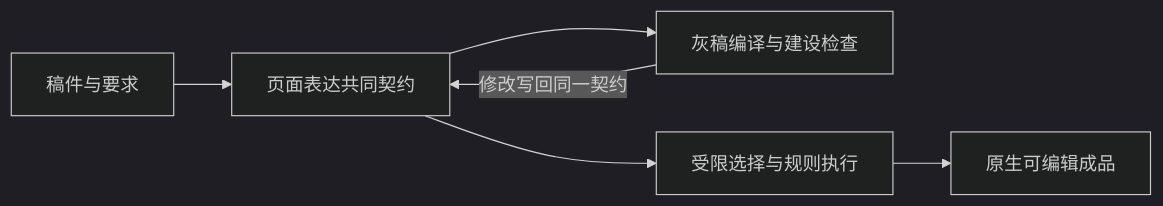
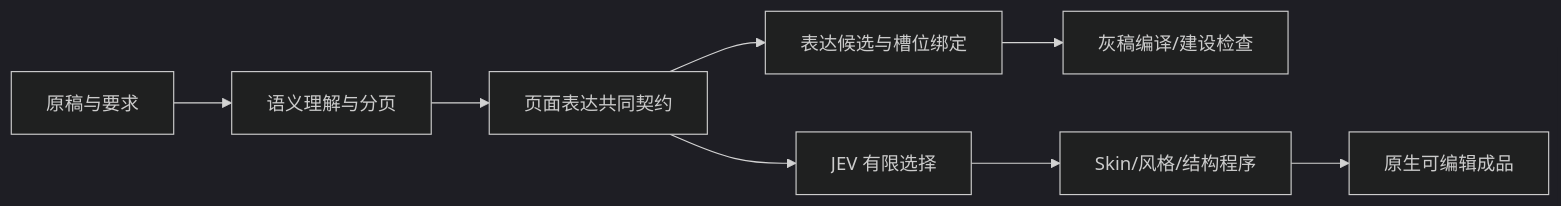
Before and after one commit to NEUwpy/PPagenT: the diagram in docs/架构/页面构成与布局规范.md, drawn with Mermaid (dark theme). The commit also changed other lines of this file and 28 other files, not shown here.

````diff
--- a/docs/架构/页面构成与布局规范.md
+++ b/docs/架构/页面构成与布局规范.md
@@ -9,8 +9,10 @@
 ```mermaid
 flowchart LR
-    A[稿件与要求] --> B[页面表达共同契约]
-    B --> C[灰稿编译与建设检查]
-    B --> D[受限选择与规则执行]
-    D --> E[原生可编辑成品]
-    C -->|修改写回同一契约| B
+    A[原稿与要求] --> B[语义理解与分页]
+    B --> C[页面表达共同契约]
+    C --> D[表达候选与槽位绑定]
+    D --> E[灰稿编译/建设检查]
+    C --> F[JEV 有限选择]
+    F --> G[Skin/风格/结构程序]
+    G --> H[原生可编辑成品]
 ```
````
